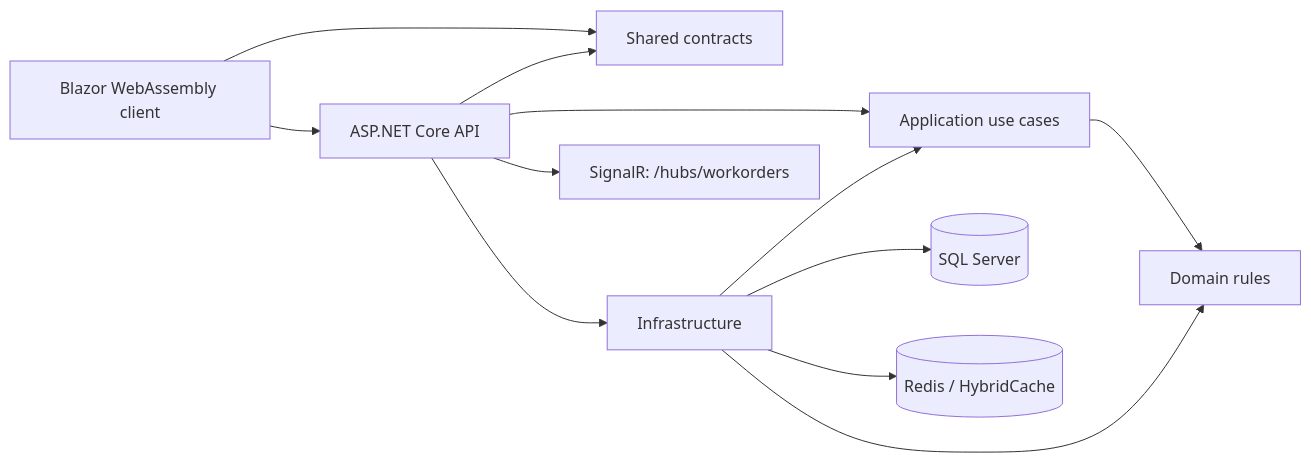
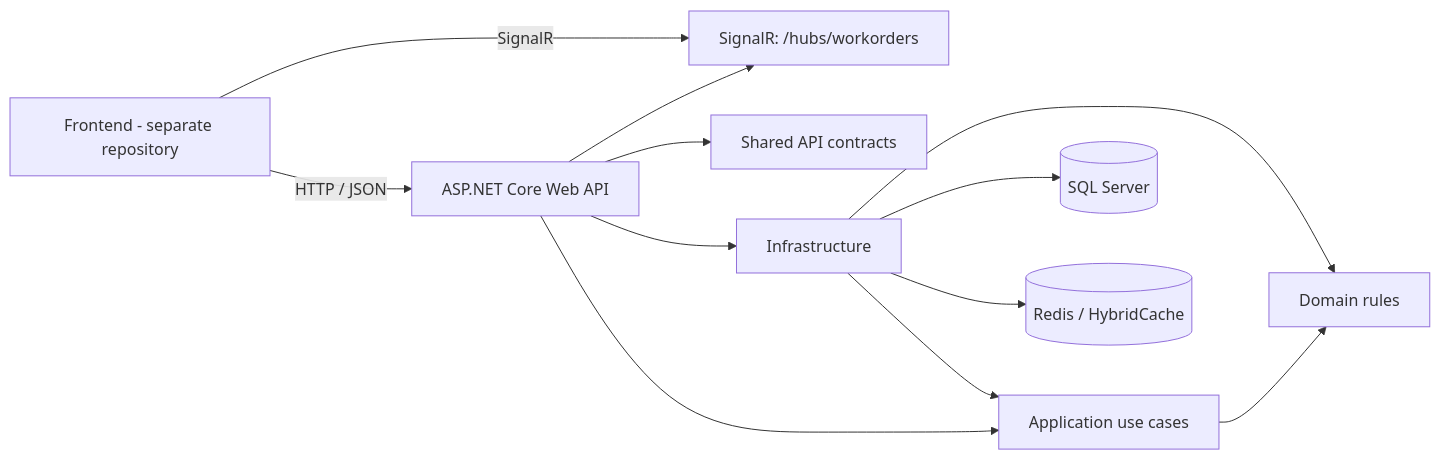
Before and after one commit to ahmedadel977/MechanicShop-V2: the first of 2 diagrams in README.md, drawn with Mermaid. The commit also changed other lines of this file and 72 other files, not shown here.

Commit message:
chore: remove deprecated Blazor client

````diff
--- a/README.md
+++ b/README.md
@@ -20,14 +20,14 @@
 ```mermaid
 flowchart LR
-    Client[Blazor WebAssembly client] --> Contracts[Shared contracts]
-    Client --> Api[ASP.NET Core API]
-    Api --> Contracts
+    Frontend[Frontend - separate repository] -->|HTTP / JSON| Api[ASP.NET Core Web API]
+    Api --> Hub[SignalR: /hubs/workorders]
+    Frontend -->|SignalR| Hub
+    Api --> Contracts[Shared API contracts]
     Api --> Application[Application use cases]
     Api --> Infrastructure[Infrastructure]
     Application --> Domain[Domain rules]
     Infrastructure --> Application
     Infrastructure --> Domain
     Infrastructure --> Sql[(SQL Server)]
     Infrastructure --> Redis[(Redis / HybridCache)]
-    Api --> Hub[SignalR: /hubs/workorders]
 ```
````
